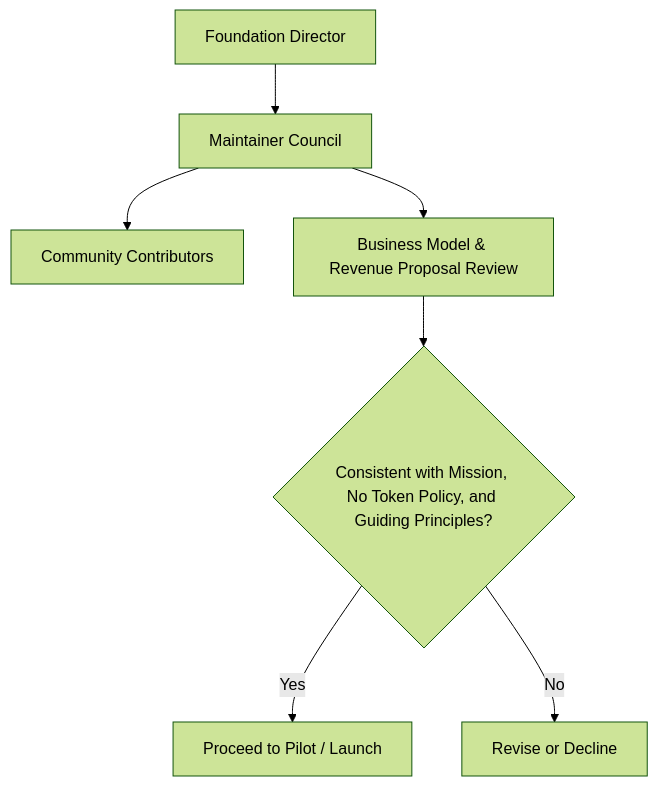
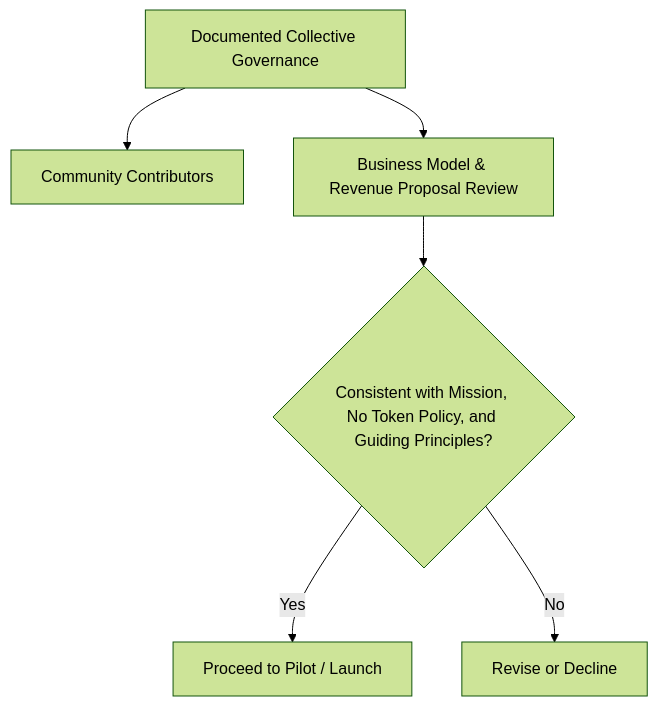
The seventh of 7 diagrams in BUSINESS.md (Celo-HaiTi/celoht-docs), drawn with Mermaid (forest theme) before and after one commit. The commit also changed other lines of this file and 27 other files, not shown here.

Commit message:
docs: synchronize founder and community governance

````diff
--- a/BUSINESS.md
+++ b/BUSINESS.md
@@ -598,9 +598,8 @@
 ```mermaid
 flowchart TD
-    FD[Foundation Director] --> MC[Maintainer Council]
-    MC --> CC[Community Contributors]
-    MC --> BizReview[Business Model & Revenue Proposal Review]
+    CG[Documented Collective Governance] --> CC[Community Contributors]
+    CG --> BizReview[Business Model & Revenue Proposal Review]
     BizReview --> MissionCheck{Consistent with Mission, No Token Policy, and Guiding Principles?}
     MissionCheck -- Yes --> Approved[Proceed to Pilot / Launch]
     MissionCheck -- No --> Rejected[Revise or Decline]
 ```
````
